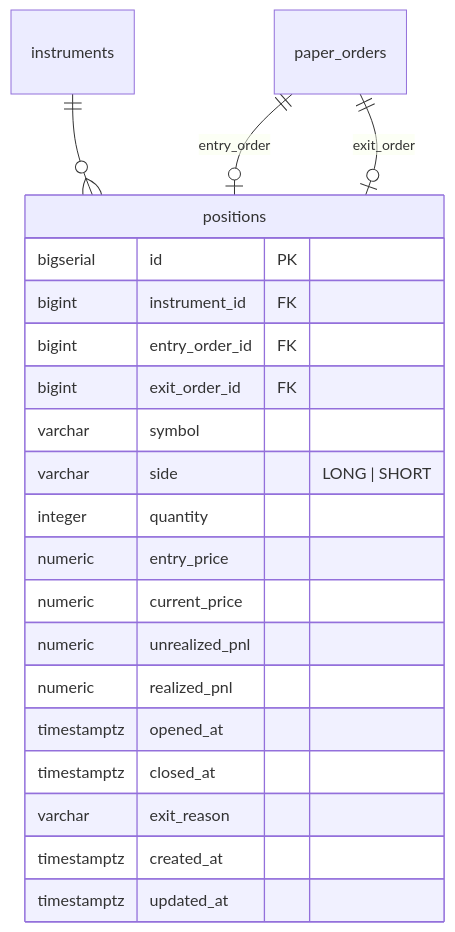
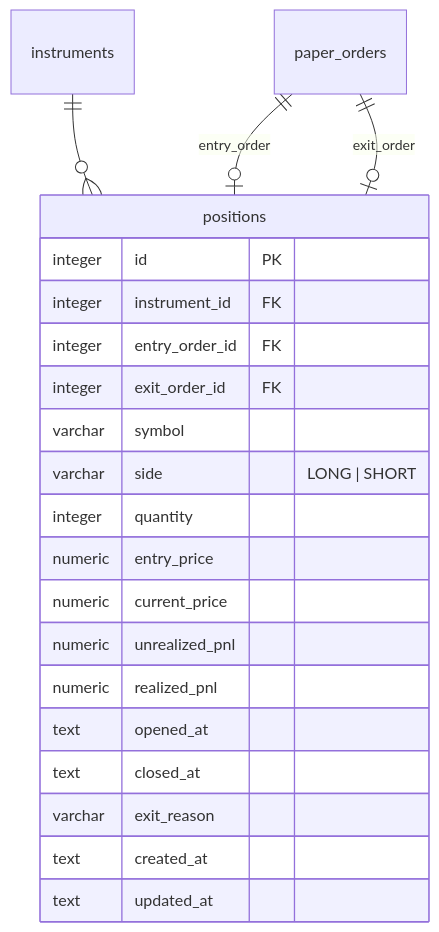
One commit to ousiassllc/pitha-trador changed the seventh of 12 diagrams in docs/architecture/er.md. Above: the diagram before and after it, drawn with Mermaid. The commit also changed other lines of this file and 5 other files, not shown here.

````diff
--- a/docs/architecture/er.md
+++ b/docs/architecture/er.md
@@ -250,24 +267,24 @@
 ```mermaid
 erDiagram
     instruments ||--o{ positions : ""
     paper_orders ||--o| positions : "entry_order"
     paper_orders ||--o| positions : "exit_order"
     positions {
-        bigserial id PK
-        bigint instrument_id FK
-        bigint entry_order_id FK
-        bigint exit_order_id FK
+        integer id PK
+        integer instrument_id FK
+        integer entry_order_id FK
+        integer exit_order_id FK
         varchar symbol
         varchar side "LONG | SHORT"
         integer quantity
         numeric entry_price
         numeric current_price
         numeric unrealized_pnl
         numeric realized_pnl
-        timestamptz opened_at
-        timestamptz closed_at
+        text opened_at
+        text closed_at
         varchar exit_reason
-        timestamptz created_at
-        timestamptz updated_at
+        text created_at
+        text updated_at
     }
 ```
````
